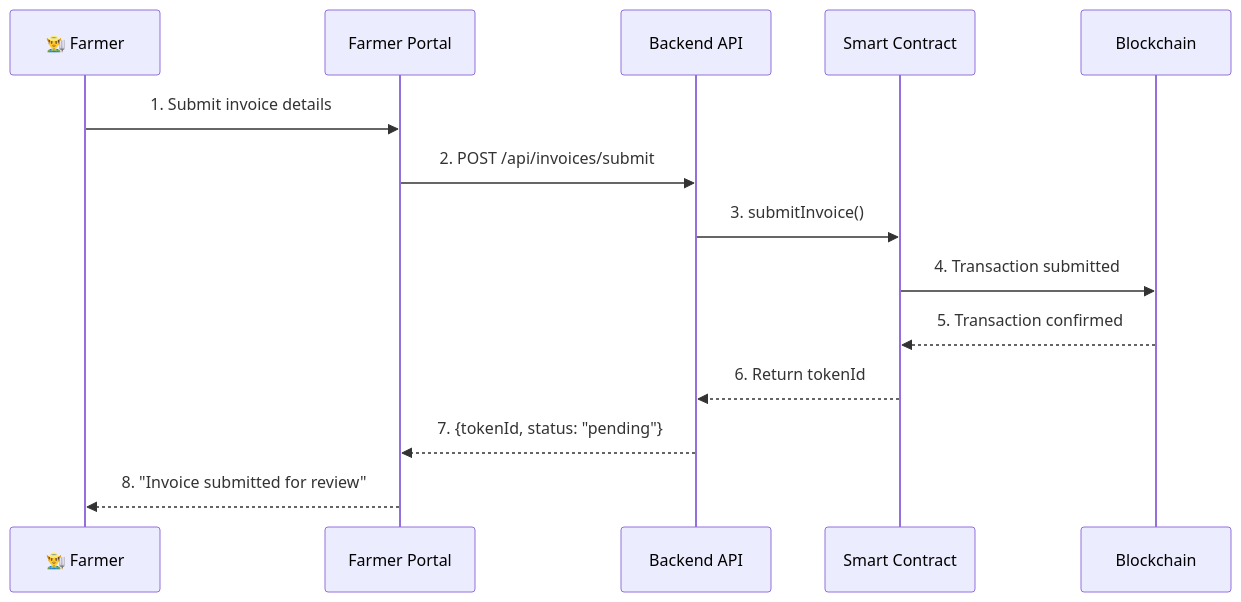
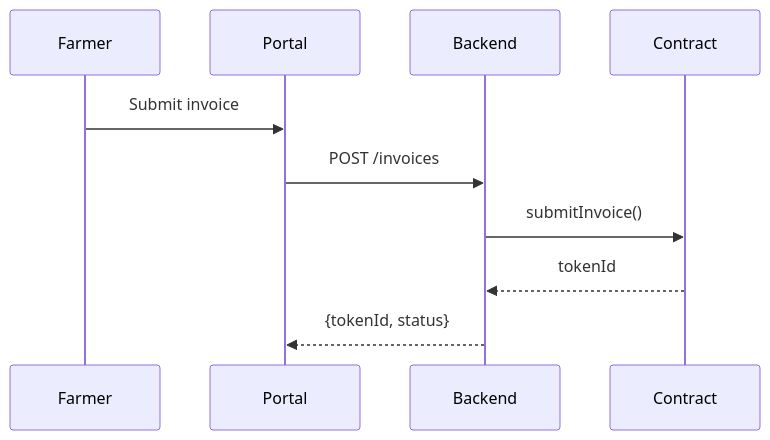
One commit to OwnaFarm/docs changed the third of 7 diagrams in gitbook/technical/system-flow.md. Above: the diagram before and after it, drawn with Mermaid. The commit also changed other lines of this file and 17 other files, not shown here.

````diff
--- a/gitbook/technical/system-flow.md
+++ b/gitbook/technical/system-flow.md
@@ -84,19 +66,13 @@
 ```mermaid
 sequenceDiagram
-    participant F as 👨‍🌾 Farmer
-    participant FE as Farmer Portal
-    participant BE as Backend API
-    participant SC as Smart Contract
-    participant BC as Blockchain
+    participant F as Farmer
+    participant FE as Portal
+    participant BE as Backend
+    participant SC as Contract
 
-    F->>FE: 1. Submit invoice details
-    FE->>BE: 2. POST /api/invoices/submit
-
-    BE->>SC: 3. submitInvoice()
-    SC->>BC: 4. Transaction submitted
-    BC-->>SC: 5. Transaction confirmed
-    SC-->>BE: 6. Return tokenId
-
-    BE-->>FE: 7. {tokenId, status: "pending"}
-    FE-->>F: 8. "Invoice submitted for review"
+    F->>FE: Submit invoice
+    FE->>BE: POST /invoices
+    BE->>SC: submitInvoice()
+    SC-->>BE: tokenId
+    BE-->>FE: {tokenId, status}
 ```
````
